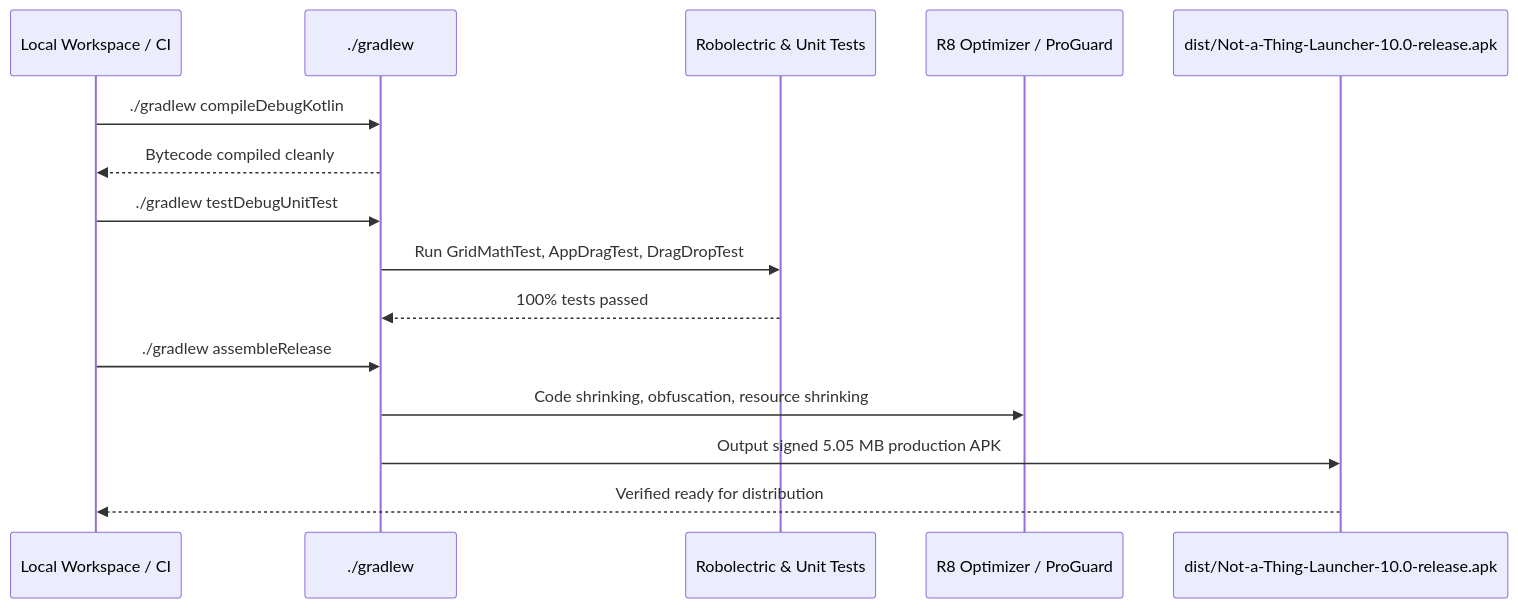
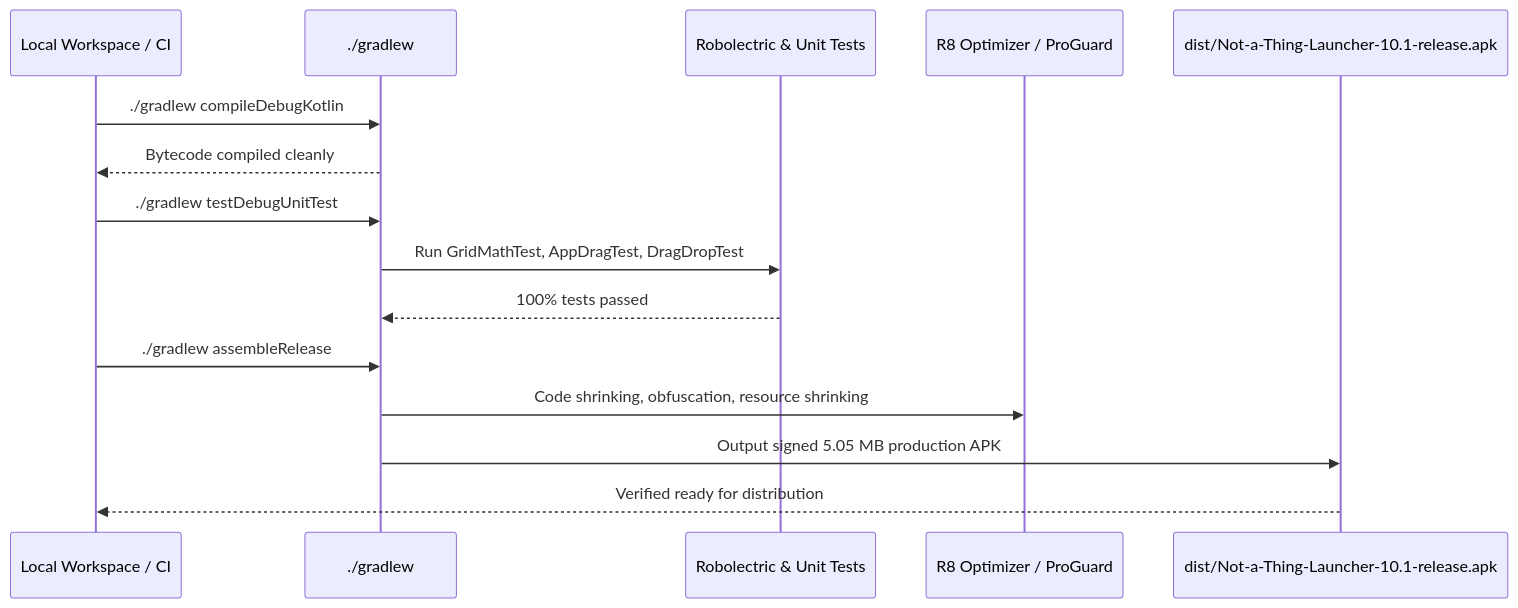
Before and after one commit to alakmar344/Not-a-thing-launcher: the second of 2 diagrams in docs/ARCHITECTURE.md, drawn with Mermaid. The commit also changed other lines of this file and 59 other files, not shown here.

````diff
--- a/docs/ARCHITECTURE.md
+++ b/docs/ARCHITECTURE.md
@@ -156,18 +156,18 @@
 ```mermaid
 sequenceDiagram
     participant Dev as Local Workspace / CI
     participant Gradle as ./gradlew
     participant Tests as Robolectric & Unit Tests
     participant R8 as R8 Optimizer / ProGuard
-    participant APK as dist/Not-a-Thing-Launcher-10.0-release.apk
+    participant APK as dist/Not-a-Thing-Launcher-10.1-release.apk
 
     Dev->>Gradle: ./gradlew compileDebugKotlin
     Gradle-->>Dev: Bytecode compiled cleanly
     Dev->>Gradle: ./gradlew testDebugUnitTest
     Gradle->>Tests: Run GridMathTest, AppDragTest, DragDropTest
     Tests-->>Gradle: 100% tests passed
     Dev->>Gradle: ./gradlew assembleRelease
     Gradle->>R8: Code shrinking, obfuscation, resource shrinking
     Gradle->>APK: Output signed 5.05 MB production APK
     APK-->>Dev: Verified ready for distribution
 ```
````
